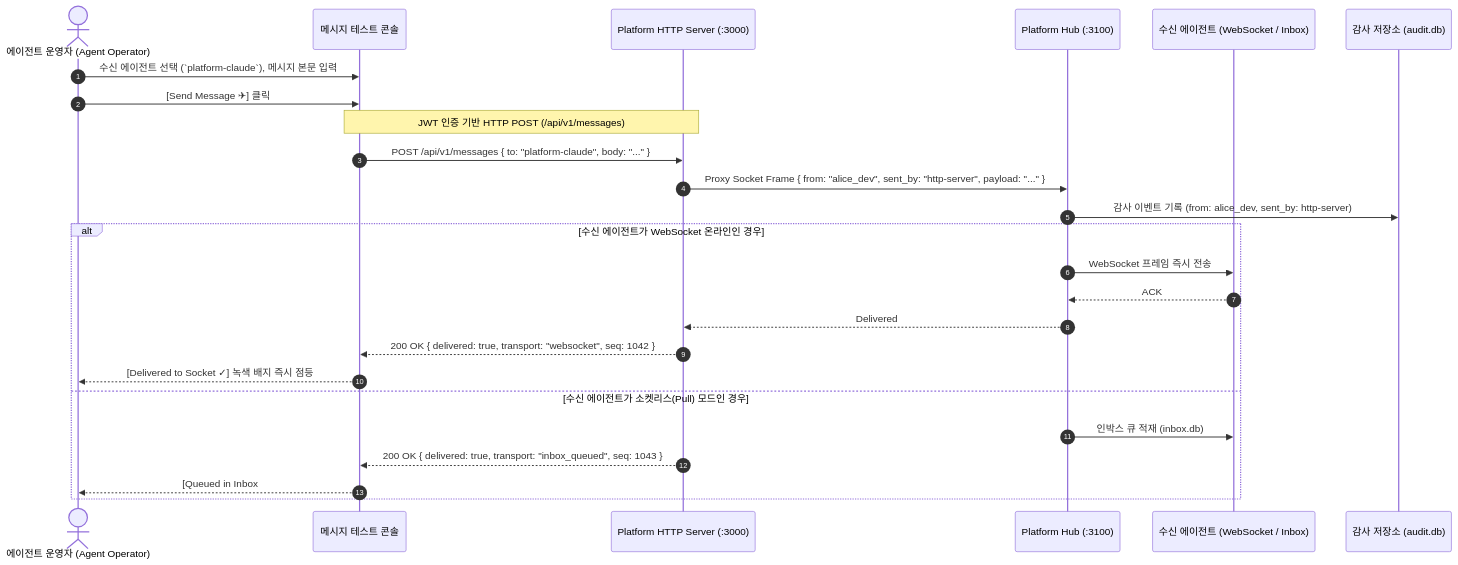
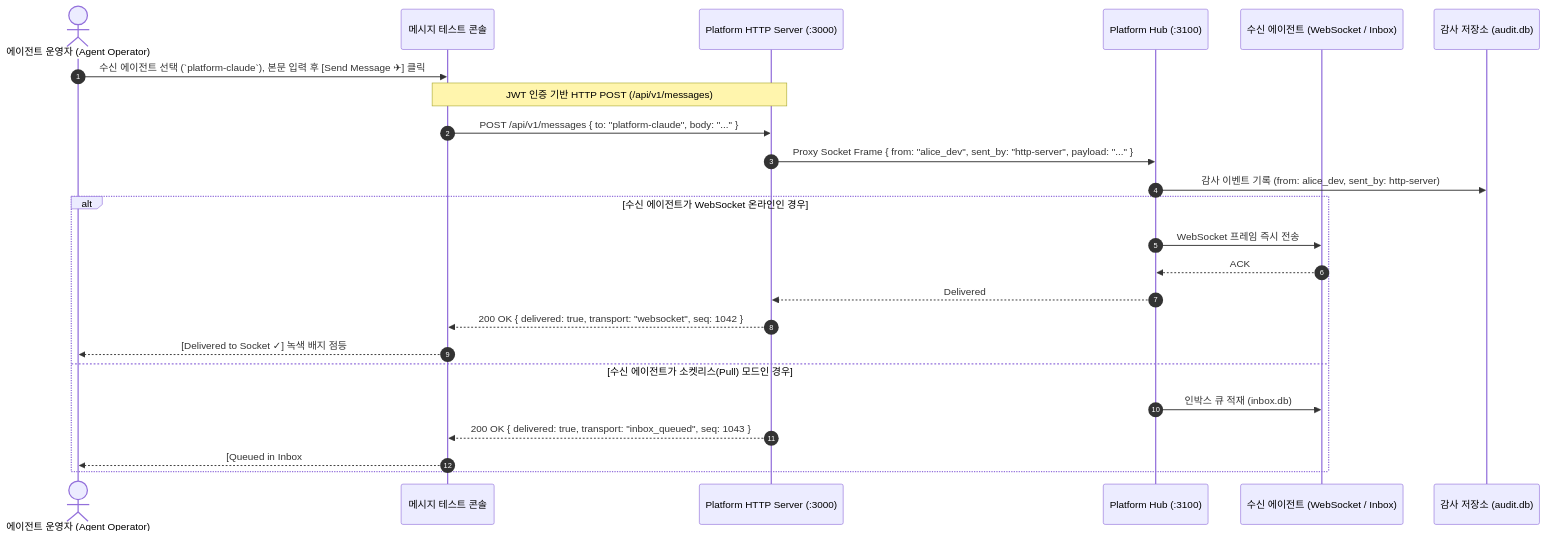
The sixth of 6 diagrams in docs/operator-functional-spec.md (sir-mirr/agent-mesh-platform), drawn with Mermaid before and after one commit. The commit also changed other lines of this file, not shown here.

Commit message:
docs: calibrate operator spec v2.2.0 with live tested routes against E2E harness

````diff
--- a/docs/operator-functional-spec.md
+++ b/docs/operator-functional-spec.md
@@ -183,30 +185,29 @@
 ```mermaid
 sequenceDiagram
     autonumber
     actor Operator as 에이전트 운영자 (Agent Operator)
     participant UI as 메시지 테스트 콘솔
     participant HTTP as Platform HTTP Server (:3000)
     participant Hub as Platform Hub (:3100)
     participant Target as 수신 에이전트 (WebSocket / Inbox)
     participant Audit as 감사 저장소 (audit.db)
 
-    Operator->>UI: 수신 에이전트 선택 (`platform-claude`), 메시지 본문 입력
-    Operator->>UI: [Send Message ✈] 클릭
+    Operator->>UI: 수신 에이전트 선택 (`platform-claude`), 본문 입력 후 [Send Message ✈] 클릭
     Note over UI,HTTP: JWT 인증 기반 HTTP POST (/api/v1/messages)
     UI->>HTTP: POST /api/v1/messages { to: "platform-claude", body: "..." }
     HTTP->>Hub: Proxy Socket Frame { from: "alice_dev", sent_by: "http-server", payload: "..." }
     
     Hub->>Audit: 감사 이벤트 기록 (from: alice_dev, sent_by: http-server)
     
     alt 수신 에이전트가 WebSocket 온라인인 경우
         Hub->>Target: WebSocket 프레임 즉시 전송
         Target-->>Hub: ACK
         Hub-->>HTTP: Delivered
         HTTP-->>UI: 200 OK { delivered: true, transport: "websocket", seq: 1042 }
-        UI-->>Operator: [Delivered to Socket ✓] 녹색 배지 즉시 점등
+        UI-->>Operator: [Delivered to Socket ✓] 녹색 배지 점등
     else 수신 에이전트가 소켓리스(Pull) 모드인 경우
         Hub->>Target: 인박스 큐 적재 (inbox.db)
         HTTP-->>UI: 200 OK { delivered: true, transport: "inbox_queued", seq: 1043 }
-        UI-->>Operator: [Queued in Inbox #1043 ⚡] 블루 배지 즉시 점등
+        UI-->>Operator: [Queued in Inbox #1043 ⚡] 블루 배지 점등
     end
 ```
````
